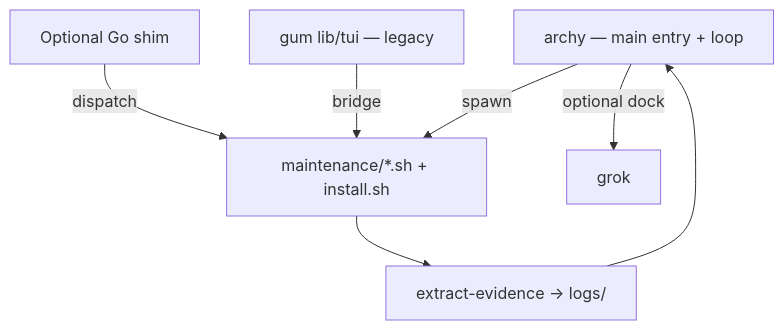
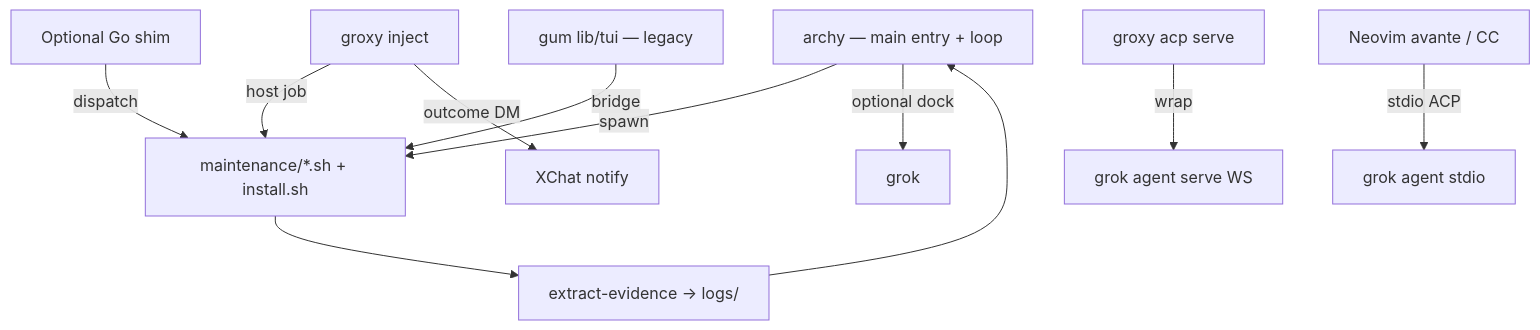
One commit to p10ns11y/arch-machine changed the second of 11 diagrams in arch-design/coming-next.md. Above: the diagram before and after it, drawn with Mermaid. The commit also changed other lines of this file, not shown here.

First line of the commit message:
docs(roadmap): record SN-GROXY inject+ACP MVP and next cards

````diff
--- a/arch-design/coming-next.md
+++ b/arch-design/coming-next.md
@@ -73,9 +78,13 @@
 ```mermaid
 flowchart TD
   A[archy — main entry + loop] -->|spawn| B[maintenance/*.sh + install.sh]
   A -->|optional dock| G[grok]
+  X[groxy inject] -->|host job| B
+  X -->|outcome DM| XChat[XChat notify]
+  Acp[groxy acp serve] -->|wrap| Gas[grok agent serve WS]
+  Nvim[Neovim avante / CC] -->|stdio ACP| GrokStdio[grok agent stdio]
   S[Optional Go shim] -->|dispatch| B
   Gum[gum lib/tui — legacy] -->|bridge| B
   B --> E[extract-evidence → logs/]
   E --> A
 ```
````
